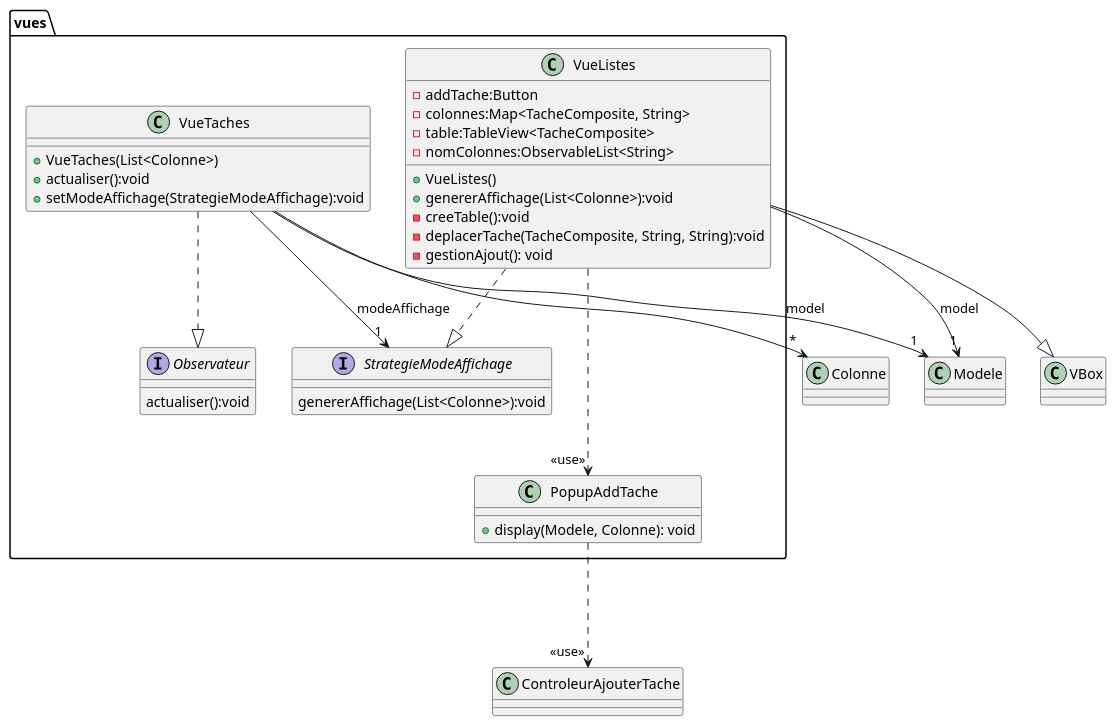
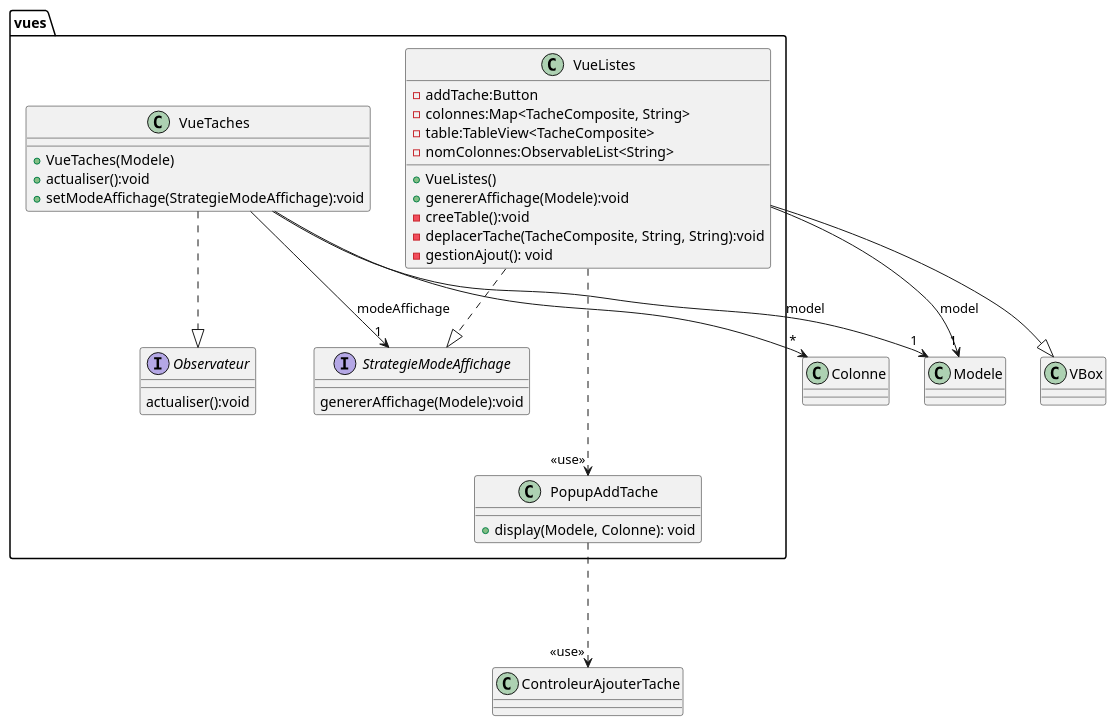
Before and after one commit to AlexanderCARNET/SAE_3_01_dev_application: the diagram in Ollert_QDEV/diagrammes/iteration2/DiagrammClassVueListe.puml, drawn with PlantUML.

Commit message:
[Fix] correction

```diff
--- a/Ollert_QDEV/diagrammes/iteration2/DiagrammClassVueListe.puml
+++ b/Ollert_QDEV/diagrammes/iteration2/DiagrammClassVueListe.puml
@@ -1,58 +1,58 @@
 @startuml
 
 package vues{
     interface StrategieModeAffichage{
-        genererAffichage(List<Colonne>):void
+        genererAffichage(Modele):void
     }
 
     interface Observateur{
         actualiser():void
     }
 
     class VueListes{
         - addTache:Button
         - colonnes:Map<TacheComposite, String>
         - table:TableView<TacheComposite>
         - nomColonnes:ObservableList<String>
 
 
         + VueListes()
-        + genererAffichage(List<Colonne>):void
+        + genererAffichage(Modele):void
         - creeTable():void
         - deplacerTache(TacheComposite, String, String):void
         - gestionAjout(): void
     }
 
     class VueTaches{
-        + VueTaches(List<Colonne>)
+        + VueTaches(Modele)
         + actualiser():void
         + setModeAffichage(StrategieModeAffichage):void
     }
 
     class PopupAddTache{
         +display(Modele, Colonne): void
     }
 }
 
 class Colonne{}
 
 class Modele{}
 
 class VBox{}
 
 class ControleurAjouterTache{}
 
 VueListes ..|> StrategieModeAffichage
 VueListes --> "1" Modele:model
 VueListes --|> VBox
 VueListes ...> "<<use>>" PopupAddTache
 
 
 VueTaches ..|> Observateur
 VueTaches --> "1" StrategieModeAffichage:modeAffichage
 VueTaches --> "*" Colonne
 VueTaches --> "1" Modele:model
 
 PopupAddTache ...> "<<use>>" ControleurAjouterTache
 
 @enduml
```
